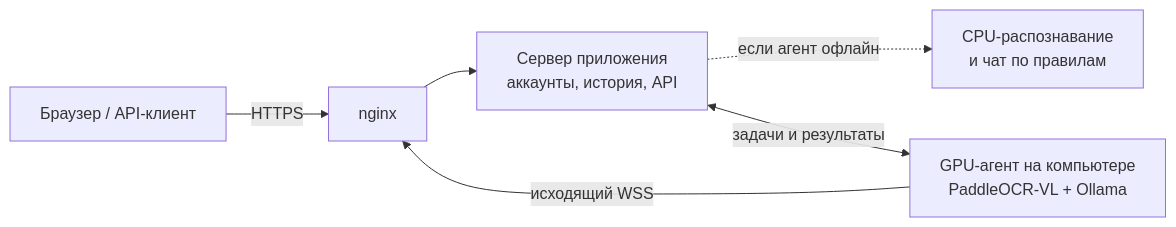
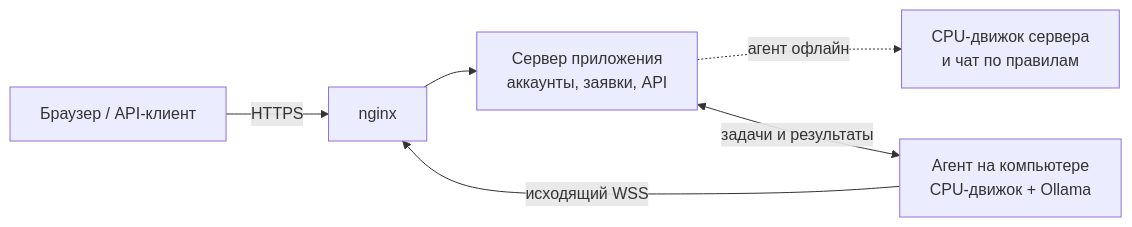
The third of 3 diagrams in README.md (Stepa-Karpik/hack), drawn with Mermaid before and after one commit. The commit also changed other lines of this file and 12 other files, not shown here.

Commit message:
Update README and documentation: models, workflow, charts

````diff
--- a/README.md
+++ b/README.md
@@ -193,8 +262,8 @@
 ```mermaid
 flowchart LR
     B[Браузер / API-клиент] -- HTTPS --> N[nginx]
-    N --> S[Сервер приложения<br/>аккаунты, история, API]
-    S -. если агент офлайн .-> C[CPU-распознавание<br/>и чат по правилам]
-    A[GPU-агент на компьютере<br/>PaddleOCR-VL + Ollama] -- исходящий WSS --> N
+    N --> S[Сервер приложения<br/>аккаунты, заявки, API]
+    S -. агент офлайн .-> C[CPU-движок сервера<br/>и чат по правилам]
+    A[Агент на компьютере<br/>CPU-движок + Ollama] -- исходящий WSS --> N
     S <-- задачи и результаты --> A
 ```
````
